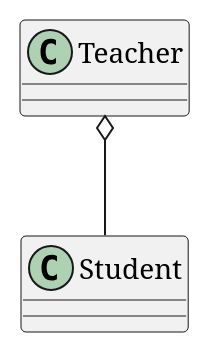
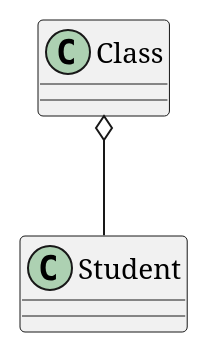
Before and after one commit to TomAndersen0714/notebooks: the third of 7 diagrams in work/methodology/SoftwareEngineering/UML基础教程.md, drawn with PlantUML. The commit also changed other lines of this file and 7 other files, not shown here.

````diff
--- a/work/methodology/SoftwareEngineering/UML基础教程.md
+++ b/work/methodology/SoftwareEngineering/UML基础教程.md
@@ -94,5 +82,5 @@
 ```plantuml
 @startuml
-Teacher o-- Student
+Class o-- Student
 @enduml
 ```
````
